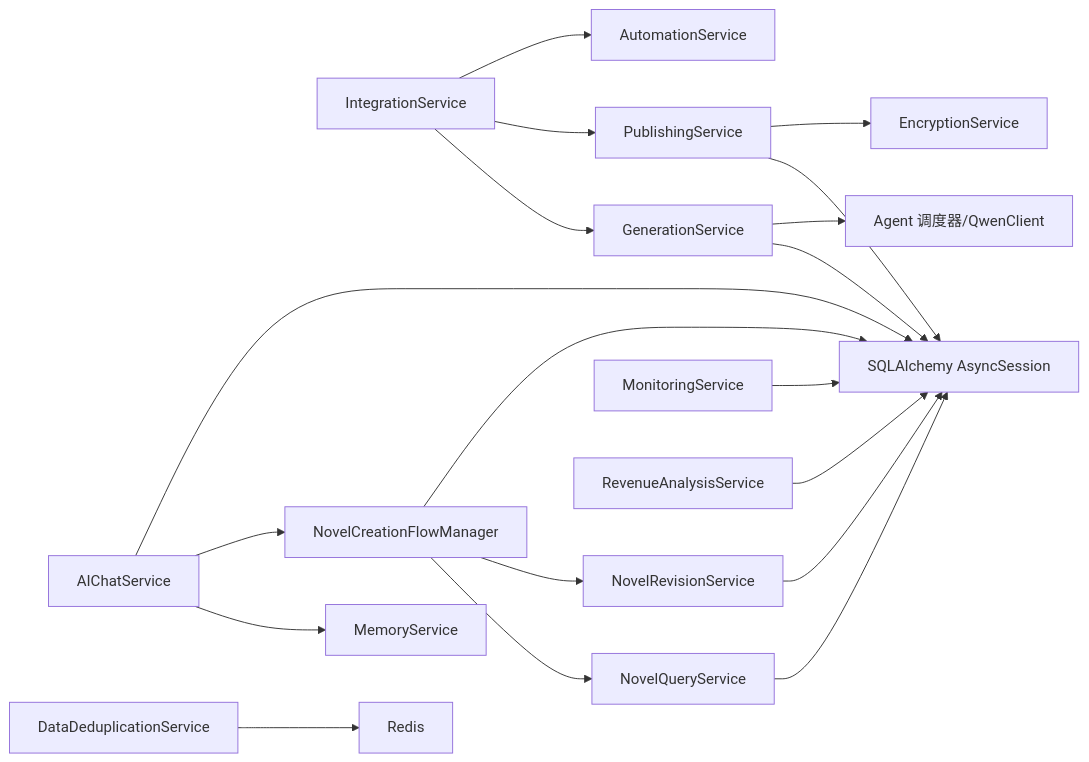
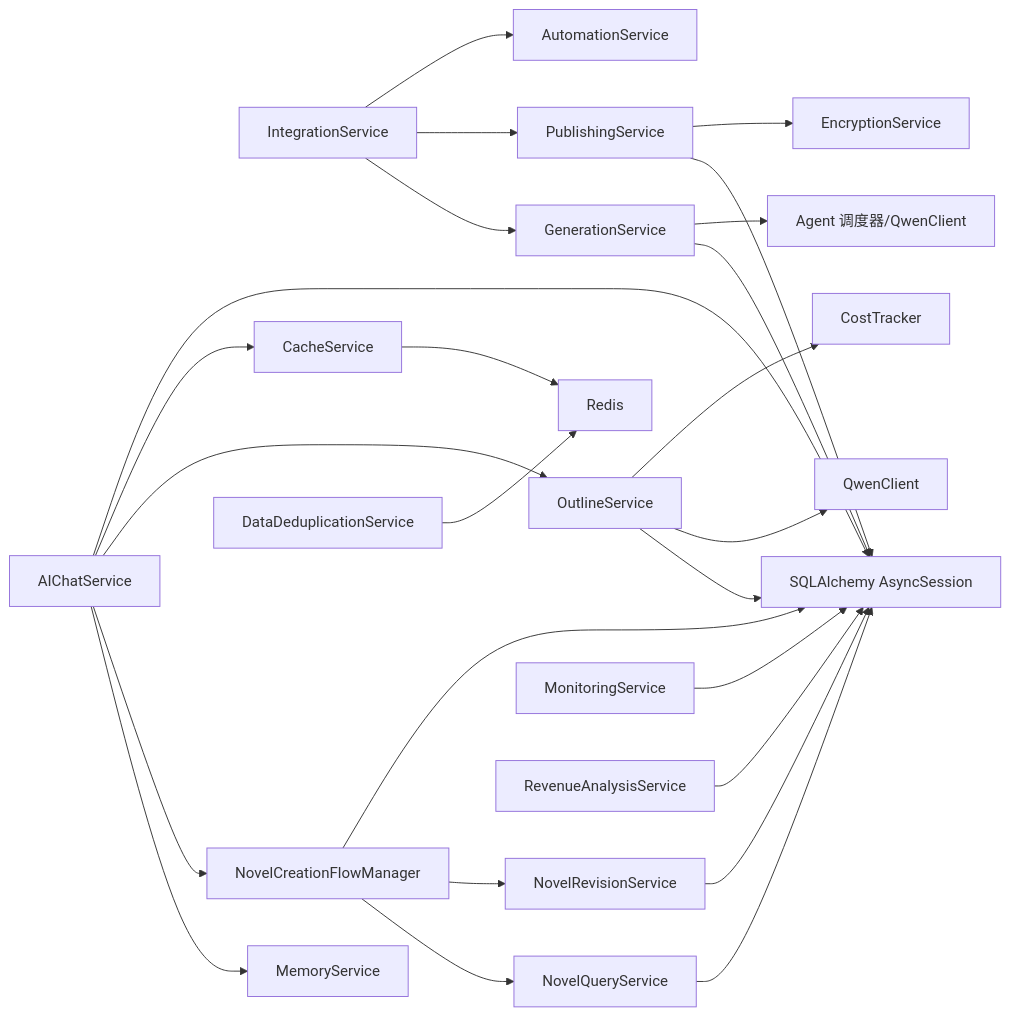
Before and after one commit to xfbyxq/ai-novel-system: the ninth of 9 diagrams in .qoder/repowiki/zh/content/后端架构/服务层设计.md, drawn with Mermaid. The commit also changed other lines of this file and 6 other files, not shown here.

First line of the commit message:
feat(architecture): 完善智能体系统核心组件与架构文档

````diff
--- a/.qoder/repowiki/zh/content/后端架构/服务层设计.md
+++ b/.qoder/repowiki/zh/content/后端架构/服务层设计.md
@@ -562,21 +683,27 @@
 ```mermaid
 graph LR
 Gen["GenerationService"] --> DB["SQLAlchemy AsyncSession"]
 Gen --> Agent["Agent 调度器/QwenClient"]
 Pub["PublishingService"] --> DB
 Pub --> Enc["EncryptionService"]
 Int["IntegrationService"] --> Gen
 Int --> Pub
 Int --> Auto["AutomationService"]
 AI["AIChatService"] --> Mem["MemoryService"]
 AI --> Flow["NovelCreationFlowManager"]
+AI --> Outline["OutlineService"]
+AI --> Cache["CacheService"]
 Flow --> Query["NovelQueryService"]
 Flow --> Revise["NovelRevisionService"]
 Flow --> DB
 Query --> DB
 Revise --> DB
+Outline --> DB
+Outline --> Qwen["QwenClient"]
+Outline --> Cost["CostTracker"]
+Cache --> Redis["Redis"]
 AI --> DB
 Mon["MonitoringService"] --> DB
 Rev["RevenueAnalysisService"] --> DB
-Dedup["DataDeduplicationService"] --> Redis["Redis"]
+Dedup["DataDeduplicationService"] --> Redis
 ```
````
